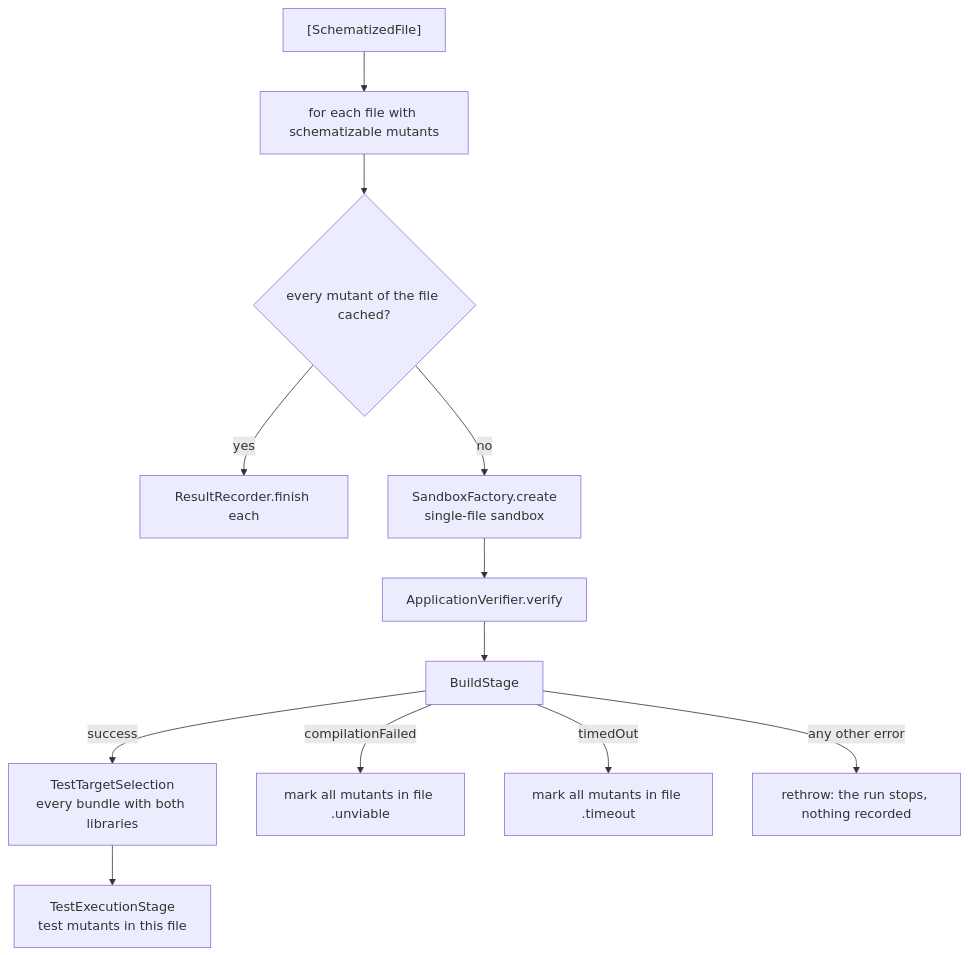
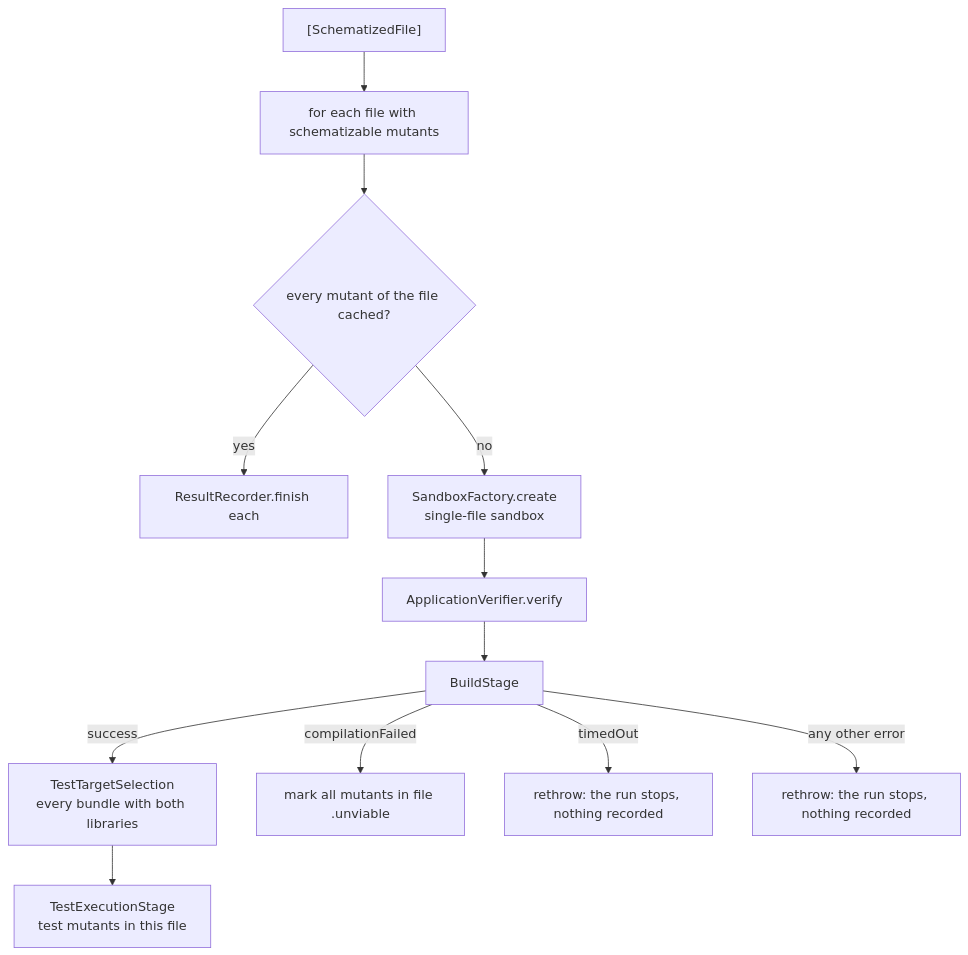
One commit to ericodx/swift-mutation-testing changed the fifth of 6 diagrams in Docs/CodeBase/07-execution.md. Above: the diagram before and after it, drawn with Mermaid. The commit also changed other lines of this file and 4 other files, not shown here.

Commit message:
docs: describe build timeouts ending the run and the Xcode timeout killing detached descendants

````diff
--- a/Docs/CodeBase/07-execution.md
+++ b/Docs/CodeBase/07-execution.md
@@ -582,14 +582,14 @@
 ```mermaid
 flowchart TD
     FILES["[SchematizedFile]"] --> LOOP["for each file with schematizable mutants"]
     LOOP --> CACHED{"every mutant of the file cached?"}
     CACHED -- yes --> FINISH["ResultRecorder.finish each"]
     CACHED -- no --> SF["SandboxFactory.create<br>single-file sandbox"]
     SF --> VERIFY["ApplicationVerifier.verify"]
     VERIFY --> BS["BuildStage"]
     BS -- success --> SEL["TestTargetSelection<br>every bundle with both libraries"]
     SEL --> TES["TestExecutionStage<br>test mutants in this file"]
     BS -- compilationFailed --> UNVIABLE["mark all mutants in file .unviable"]
-    BS -- timedOut --> TIMEOUT["mark all mutants in file .timeout"]
+    BS -- timedOut --> STOP["rethrow: the run stops, nothing recorded"]
     BS -- "any other error" --> THROW["rethrow: the run stops, nothing recorded"]
 ```
````
